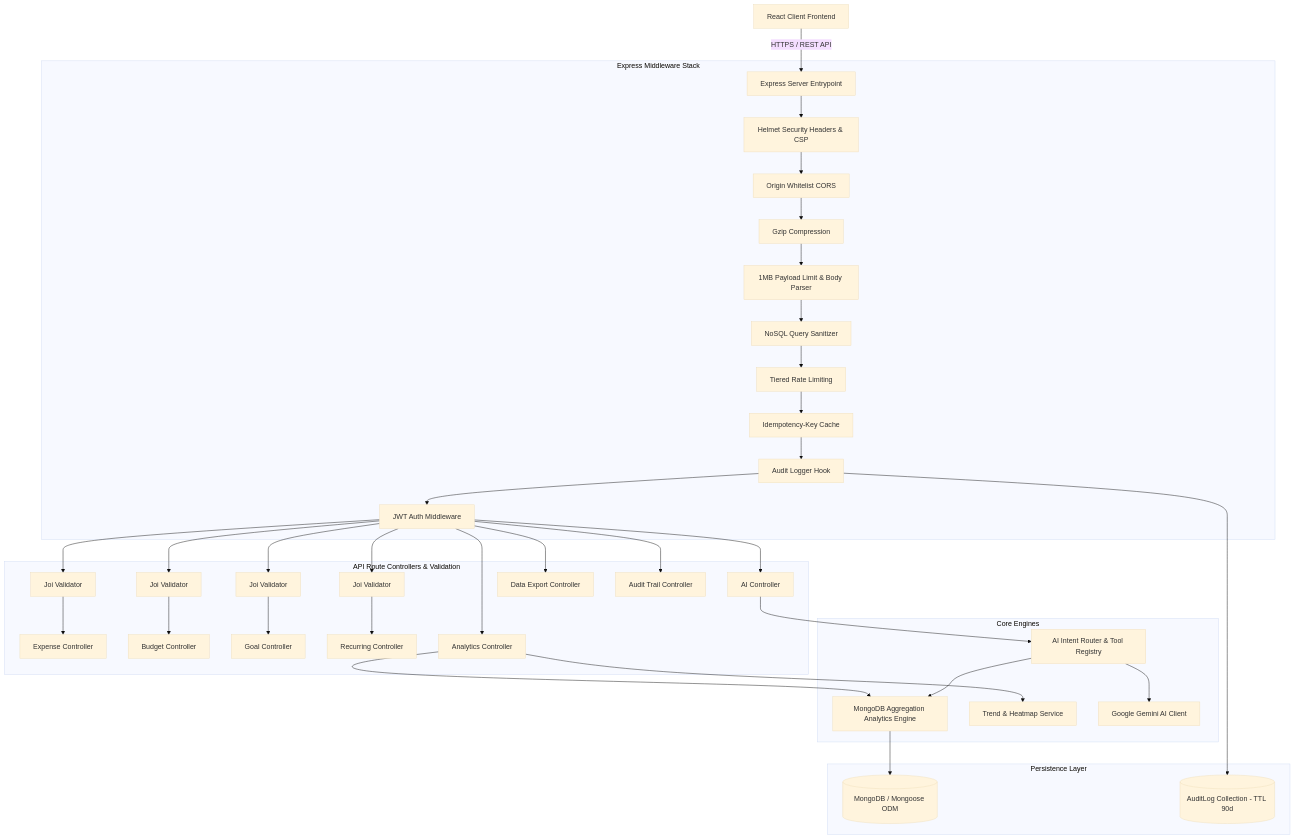
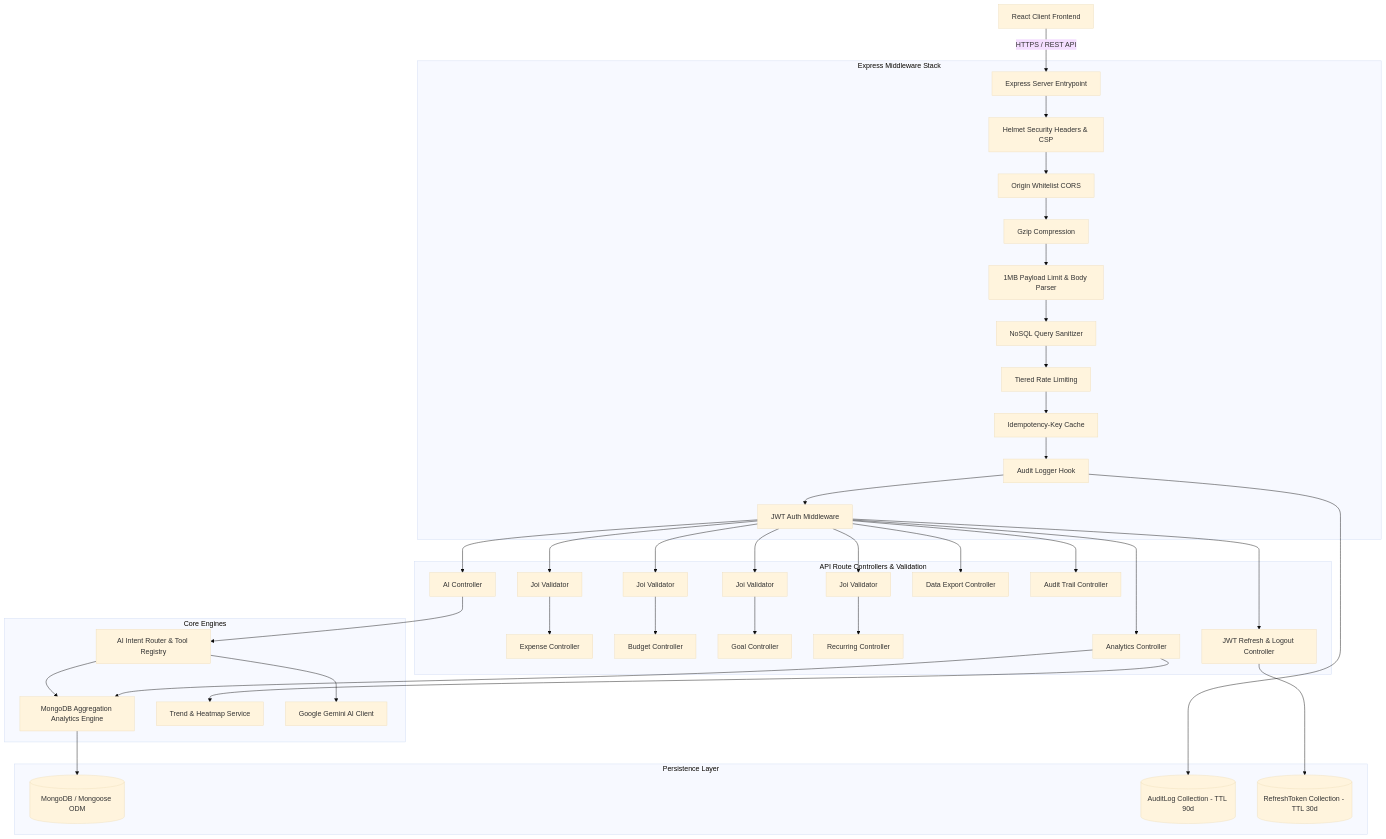
One commit to NotAnAyush/Expense-Tracker changed the first of 2 diagrams in Documentation/BACKEND.md. Above: the diagram before and after it, drawn with Mermaid (base theme). The commit also changed other lines of this file and 8 other files, not shown here.

Commit message:
feat(auth): complete Phase 5 JWT refresh token rotation with transparent client retry and 67 passing tests

````diff
--- a/Documentation/BACKEND.md
+++ b/Documentation/BACKEND.md
@@ -11,40 +11,42 @@
 ```mermaid
 graph TD
     Client[React Client Frontend] -->|HTTPS / REST API| Server[Express Server Entrypoint]
     
     subgraph Express Middleware Stack
         Server --> Helmet[Helmet Security Headers & CSP]
         Helmet --> CORS[Origin Whitelist CORS]
         CORS --> Compress[Gzip Compression]
         Compress --> Payload[1MB Payload Limit & Body Parser]
         Payload --> Sanitize[NoSQL Query Sanitizer]
         Sanitize --> RateLimit[Tiered Rate Limiting]
         RateLimit --> Idempotency[Idempotency-Key Cache]
         Idempotency --> Audit[Audit Logger Hook]
         Audit --> Auth[JWT Auth Middleware]
     end
 
     subgraph API Route Controllers & Validation
         Auth --> Val1[Joi Validator] --> ExpenseCtrl[Expense Controller]
         Auth --> Val2[Joi Validator] --> BudgetCtrl[Budget Controller]
         Auth --> Val3[Joi Validator] --> GoalCtrl[Goal Controller]
         Auth --> Val4[Joi Validator] --> RecurringCtrl[Recurring Controller]
         Auth --> AnalyticsCtrl[Analytics Controller]
         Auth --> AICtrl[AI Controller]
         Auth --> ExportCtrl[Data Export Controller]
         Auth --> AuditCtrl[Audit Trail Controller]
+        Auth --> RefreshCtrl[JWT Refresh & Logout Controller]
     end
 
     subgraph Core Engines
         AnalyticsCtrl --> AnalyticsEngine[MongoDB Aggregation Analytics Engine]
         AnalyticsCtrl --> TrendEngine[Trend & Heatmap Service]
         AICtrl --> IntentRouter[AI Intent Router & Tool Registry]
         IntentRouter --> AnalyticsEngine
         IntentRouter --> GeminiAPI[Google Gemini AI Client]
     end
 
     subgraph Persistence Layer
         AnalyticsEngine --> MongoDB[(MongoDB / Mongoose ODM)]
         Audit --> AuditLogModel[(AuditLog Collection - TTL 90d)]
+        RefreshCtrl --> RefreshTokenModel[(RefreshToken Collection - TTL 30d)]
     end
 ```
````
